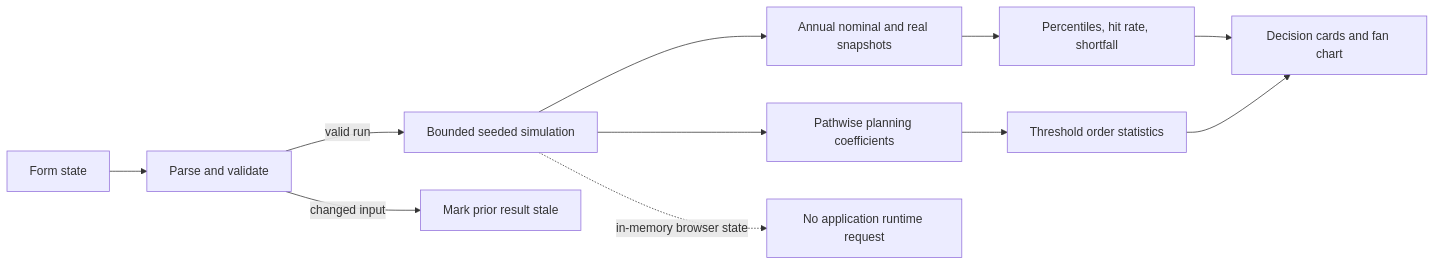
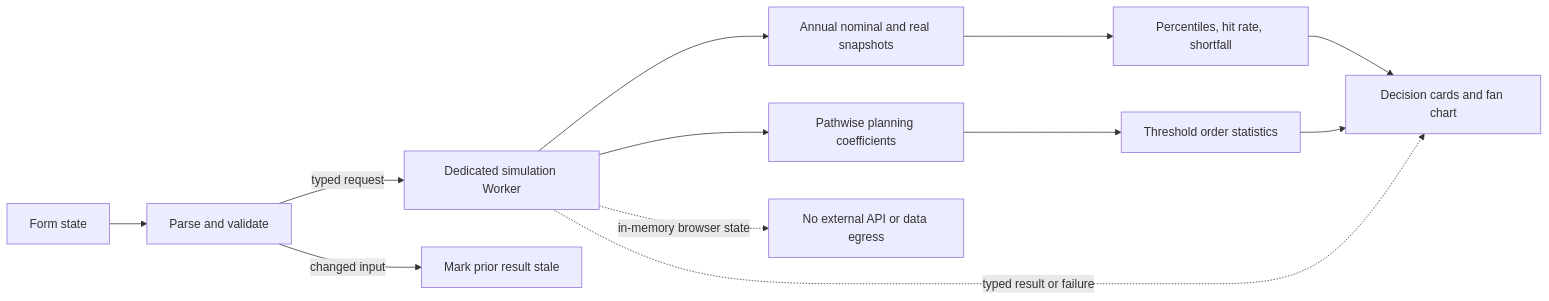
Before and after one commit to Da0t/northstar: the diagram in README.md, drawn with Mermaid. The commit also changed other lines of this file and 7 other files, not shown here.

Commit message:
feat(simulation): run forecasts in a cancellable worker

````diff
--- a/README.md
+++ b/README.md
@@ -76,13 +77,14 @@
 ```mermaid
 flowchart LR
     A[Form state] --> B[Parse and validate]
-    B -->|valid run| C[Bounded seeded simulation]
+    B -->|typed request| C[Dedicated simulation Worker]
     B -->|changed input| H[Mark prior result stale]
     C --> D[Annual nominal and real snapshots]
     C --> E[Pathwise planning coefficients]
     D --> F[Percentiles, hit rate, shortfall]
     E --> G[Threshold order statistics]
     F --> I[Decision cards and fan chart]
     G --> I
-    C -. in-memory browser state .-> J[No application runtime request]
+    C -. typed result or failure .-> I
+    C -. in-memory browser state .-> J[No external API or data egress]
 ```
````
